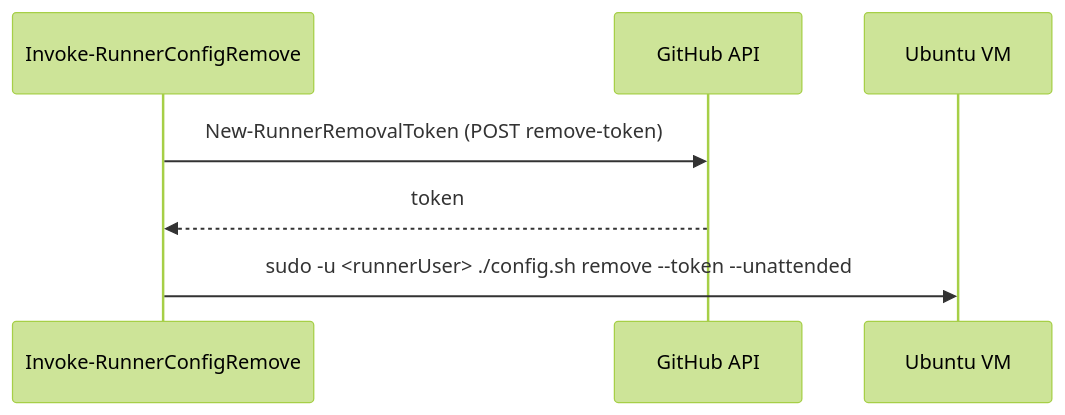
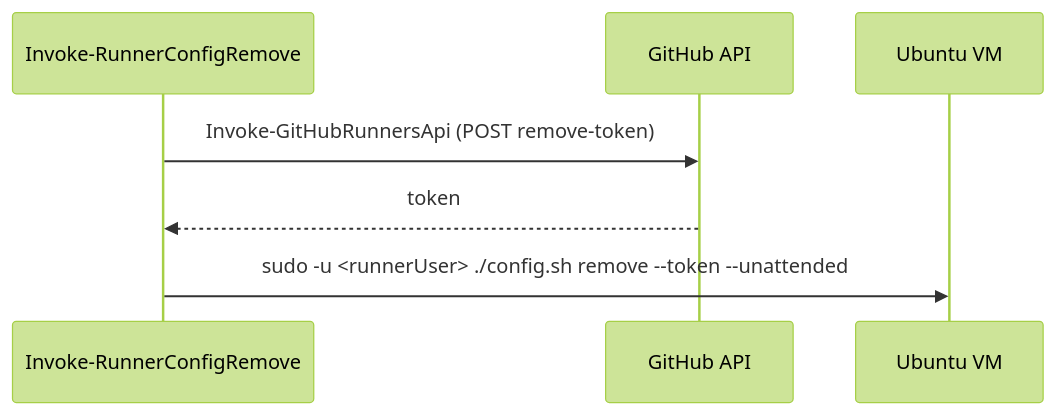
Before and after one commit to VitaliiAndreev/Infrastructure-GitHubRunners: the fourth of 7 diagrams in docs/dev/implementation/02 - deregister runners/plan.md, drawn with Mermaid (forest theme). The commit also changed other lines of this file, not shown here.

````diff
--- a/docs/dev/implementation/02 - deregister runners/plan.md
+++ b/docs/dev/implementation/02 - deregister runners/plan.md
@@ -228,10 +256,10 @@
 ```mermaid
 sequenceDiagram
     participant F as Invoke-RunnerConfigRemove
     participant GH as GitHub API
     participant VM as Ubuntu VM
 
-    F->>GH: New-RunnerRemovalToken (POST remove-token)
+    F->>GH: Invoke-GitHubRunnersApi (POST remove-token)
     GH-->>F: token
     F->>VM: sudo -u <runnerUser> ./config.sh remove --token --unattended
 ```
````
